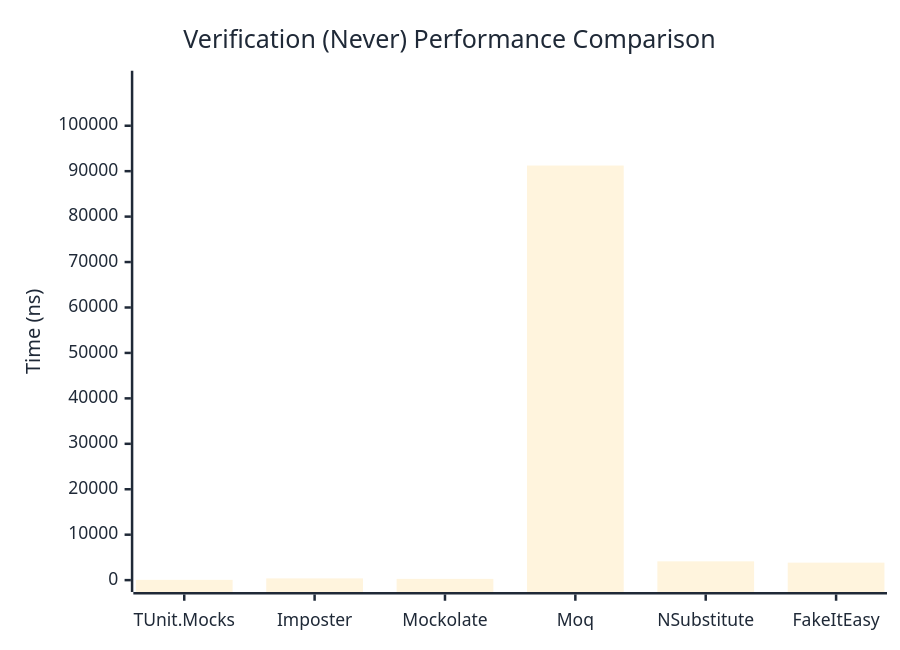
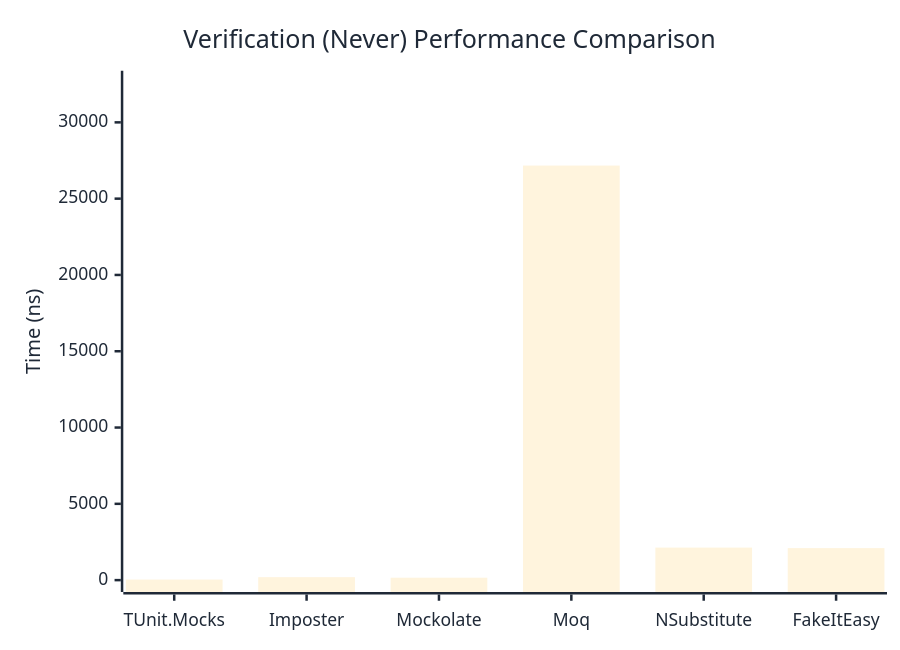
One commit to thomhurst/TUnit changed the second of 3 diagrams in docs/docs/benchmarks/mocks/Verification.md. Above: the diagram before and after it, drawn with Mermaid. The commit also changed other lines of this file and 14 other files, not shown here.

````diff
--- a/docs/docs/benchmarks/mocks/Verification.md
+++ b/docs/docs/benchmarks/mocks/Verification.md
@@ -71,27 +71,27 @@
 ```mermaid
 %%{init: {
   'theme':'base',
   'themeVariables': {
     'primaryColor': '#2563eb',
     'primaryTextColor': '#1f2937',
     'primaryBorderColor': '#1e40af',
     'lineColor': '#6b7280',
     'secondaryColor': '#7c3aed',
     'tertiaryColor': '#dc2626',
     'background': '#ffffff',
     'pie1': '#2563eb',
     'pie2': '#7c3aed',
     'pie3': '#dc2626',
     'pie4': '#f59e0b',
     'pie5': '#10b981',
     'pie6': '#06b6d4',
     'pie7': '#ec4899',
     'pie8': '#6366f1'
   }
 }}%%
 xychart-beta
   title "Verification (Never) Performance Comparison"
   x-axis ["TUnit.Mocks", "Imposter", "Mockolate", "Moq", "NSubstitute", "FakeItEasy"]
-  y-axis "Time (ns)" 0 --> 109486
-  bar [60.75, 382.44, 276.54, 91238.09, 4133.15, 3847.22]
+  y-axis "Time (ns)" 0 --> 32604
+  bar [37.98, 193.69, 157.89, 27169.55, 2132.31, 2098.55]
 ```
````
